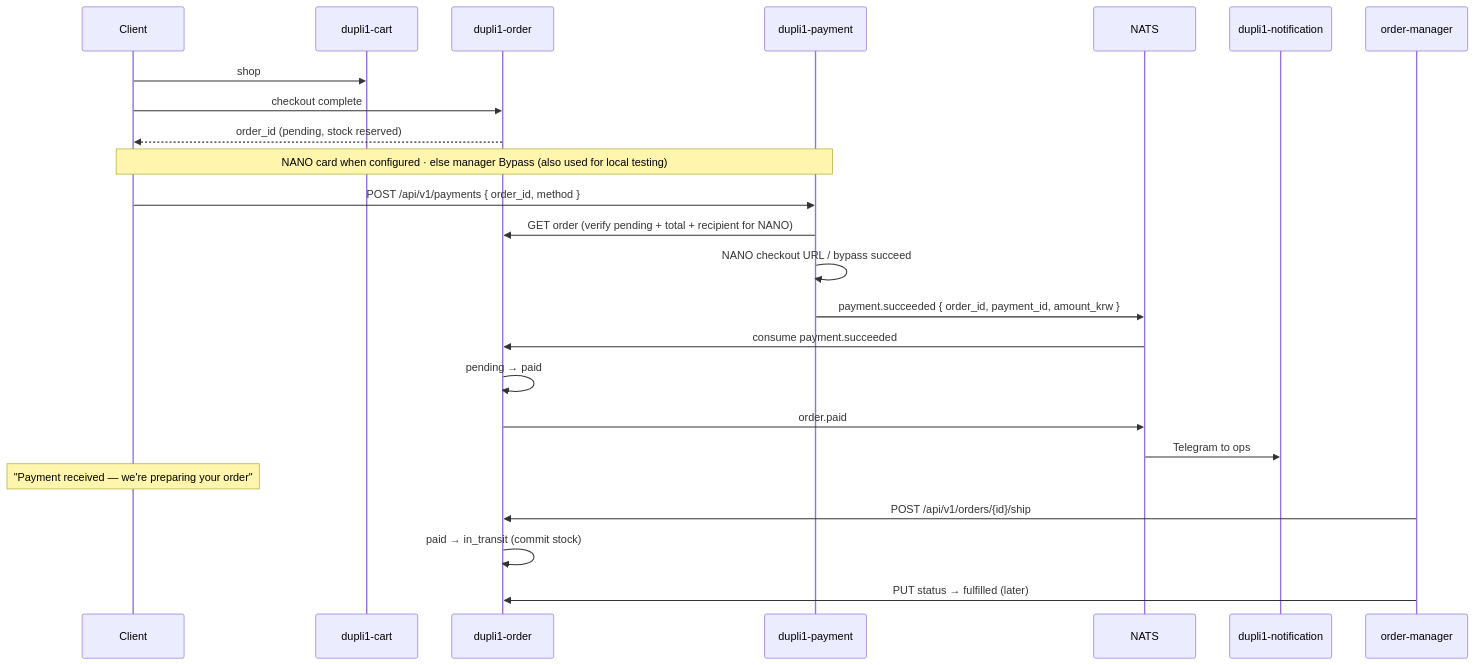
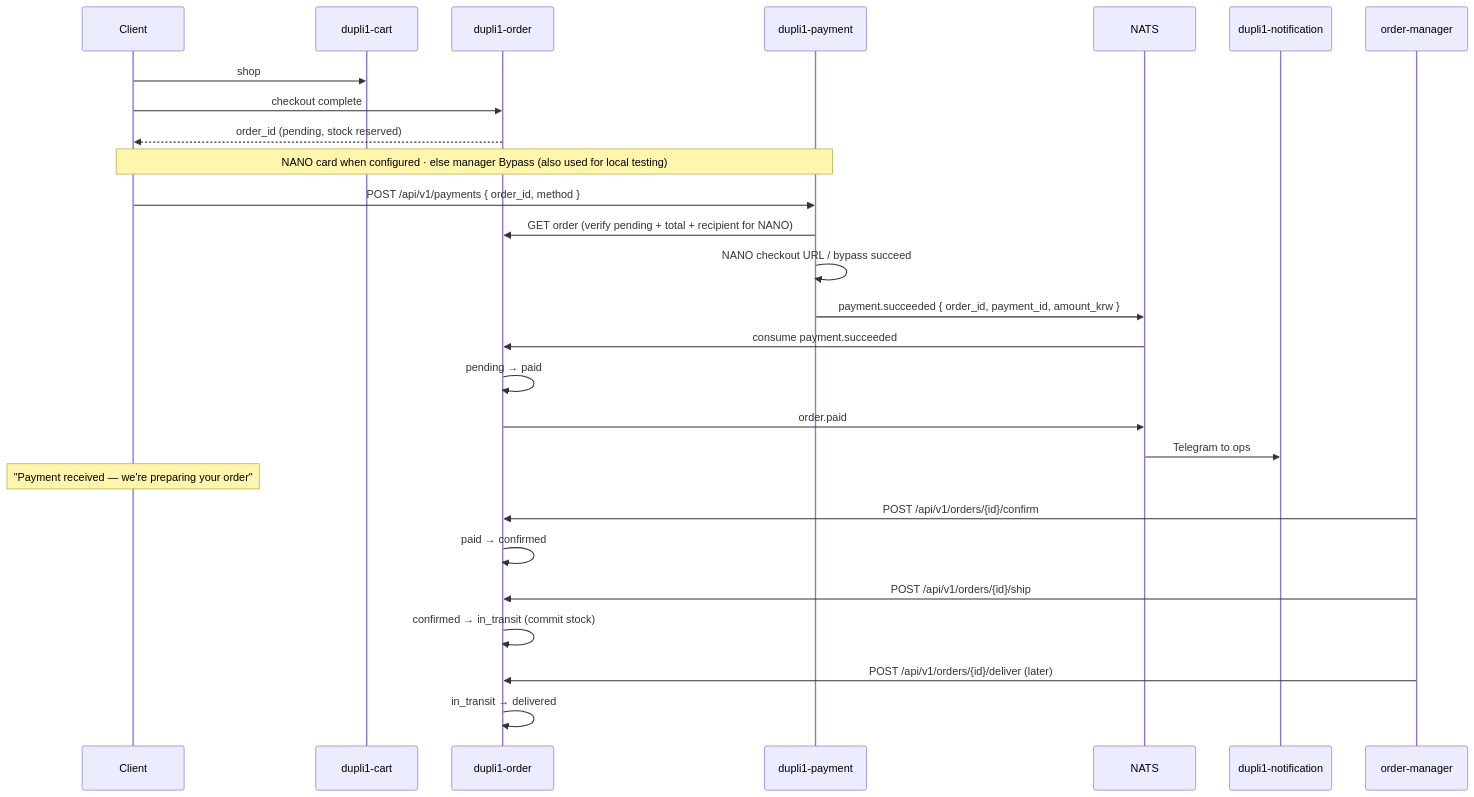
One commit to elug3/dupli1 changed the second of 2 diagrams in docs/payment-service.md. Above: the diagram before and after it, drawn with Mermaid. The commit also changed other lines of this file and 16 other files, not shown here.

First line of the commit message:
Add confirmed and delivered order stages with dispute handling

````diff
--- a/docs/payment-service.md
+++ b/docs/payment-service.md
@@ -88,32 +99,35 @@
 ```mermaid
 sequenceDiagram
     participant Client
     participant Cart as dupli1-cart
     participant Order as dupli1-order
     participant Pay as dupli1-payment
     participant Bus as NATS
     participant Notif as dupli1-notification
     participant Ops as order-manager
 
     Client->>Cart: shop
     Client->>Order: checkout complete
     Order-->>Client: order_id (pending, stock reserved)
 
     Note over Client,Pay: NANO card when configured · else manager Bypass (also used for local testing)
 
     Client->>Pay: POST /api/v1/payments { order_id, method }
     Pay->>Order: GET order (verify pending + total + recipient for NANO)
     Pay->>Pay: NANO checkout URL / bypass succeed
     Pay->>Bus: payment.succeeded { order_id, payment_id, amount_krw }
 
     Bus->>Order: consume payment.succeeded
     Order->>Order: pending → paid
     Order->>Bus: order.paid
     Bus->>Notif: Telegram to ops
 
     Note over Client: "Payment received — we're preparing your order"
 
+    Ops->>Order: POST /api/v1/orders/{id}/confirm
+    Order->>Order: paid → confirmed
     Ops->>Order: POST /api/v1/orders/{id}/ship
-    Order->>Order: paid → in_transit (commit stock)
-    Ops->>Order: PUT status → fulfilled (later)
+    Order->>Order: confirmed → in_transit (commit stock)
+    Ops->>Order: POST /api/v1/orders/{id}/deliver (later)
+    Order->>Order: in_transit → delivered
 ```
````
